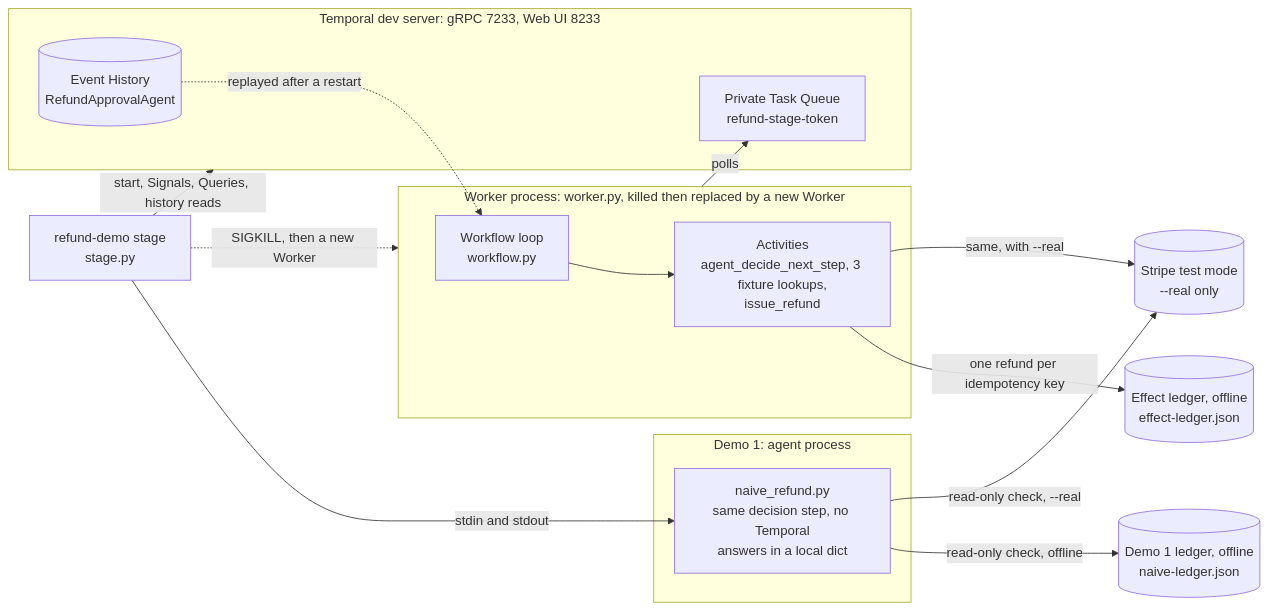
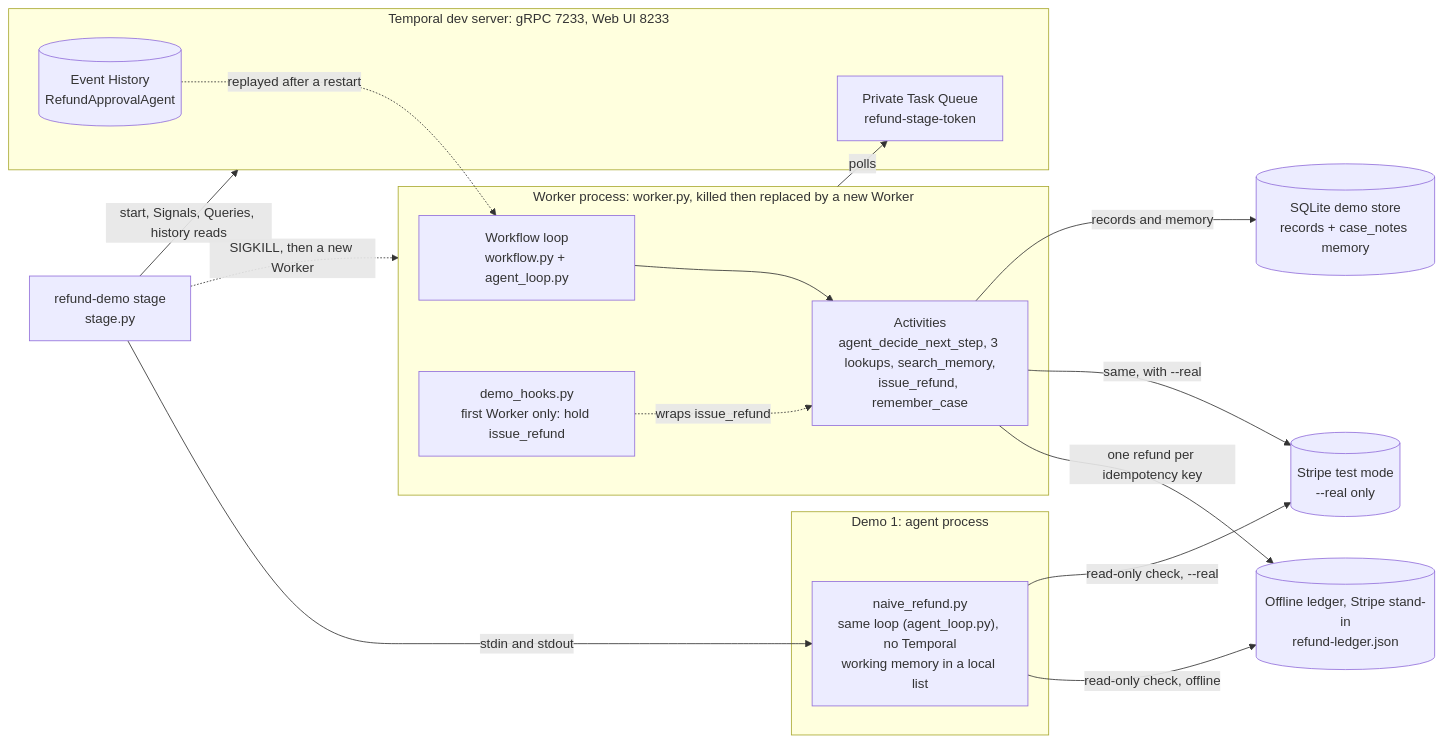
Before and after one commit to temporal-community/temporal-ai-agent-memory-state-stripe: the diagram in README.md, drawn with Mermaid. The commit also changed other lines of this file and 41 other files, not shown here.

First line of the commit message:
One agent loop for both demos, and clearer memory and state framing (#27)

````diff
--- a/README.md
+++ b/README.md
@@ -523,30 +560,33 @@
 ```mermaid
 flowchart LR
     accTitle: How the guided demo is wired
-    accDescr: The refund-demo stage command drives both demos. Demo 1 is an agent process that runs the same decision step with no Temporal and keeps its answers in memory, and after it is killed a new process reads only what Stripe, or the offline ledger, records about the payment. Demo 2 starts a Temporal Workflow on a local dev server. A separate Worker process polls a private Task Queue on that server and runs the Workflow loop and its Activities. The runner kills that Worker and starts a new one, which replays Event History to rebuild the loop and then issues one refund to the offline effect ledger, or to Stripe test mode with --real.
+    accDescr: The refund-demo stage command drives both demos, which run the same agent loop from agent_loop.py. Demo 1 is an agent process that runs the loop with no Temporal and keeps its working memory in a local list, and after it is killed a new process reads only what Stripe, or the offline ledger, records about the payment. Demo 2 starts a Temporal Workflow on a local dev server. A separate Worker process polls a private Task Queue on that server and runs the Workflow loop and its Activities, which read the customer records and the agent's long-term memory from separate tables in a SQLite demo store; the first Worker's demo-only interceptor holds the refund before Stripe. The runner kills that Worker and starts a new one, which replays Event History to rebuild the loop and then issues one refund to the offline ledger, or to Stripe test mode with --real.
     stage["refund-demo stage<br/>stage.py"]
     subgraph demo1["Demo 1: agent process"]
-        naive["naive_refund.py<br/>same decision step, no Temporal<br/>answers in a local dict"]
+        naive["naive_refund.py<br/>same loop (agent_loop.py), no Temporal<br/>working memory in a local list"]
     end
     subgraph server["Temporal dev server: gRPC 7233, Web UI 8233"]
         queue["Private Task Queue<br/>refund-stage-token"]
         history[("Event History<br/>RefundApprovalAgent")]
     end
     subgraph worker["Worker process: worker.py, killed then replaced by a new Worker"]
-        wf["Workflow loop<br/>workflow.py"]
-        acts["Activities<br/>agent_decide_next_step, 3 fixture lookups,<br/>issue_refund"]
+        wf["Workflow loop<br/>workflow.py + agent_loop.py"]
+        acts["Activities<br/>agent_decide_next_step, 3 lookups, search_memory,<br/>issue_refund, remember_case"]
+        hooks["demo_hooks.py<br/>first Worker only: hold issue_refund"]
     end
-    naiveLedger[("Demo 1 ledger, offline<br/>naive-ledger.json")]
-    effectLedger[("Effect ledger, offline<br/>effect-ledger.json")]
+    store[("SQLite demo store<br/>records + case_notes memory")]
+    refundLedger[("Offline ledger, Stripe stand-in<br/>refund-ledger.json")]
     stripe[("Stripe test mode<br/>--real only")]
     stage -->|"stdin and stdout"| naive
-    naive -->|"read-only check, offline"| naiveLedger
+    naive -->|"read-only check, offline"| refundLedger
     naive -->|"read-only check, --real"| stripe
     stage -->|"start, Signals, Queries, history reads"| server
     worker -->|"polls"| queue
     history -.->|"replayed after a restart"| wf
     wf --> acts
-    acts -->|"one refund per idempotency key"| effectLedger
+    hooks -.->|"wraps issue_refund"| acts
+    acts -->|"one refund per idempotency key"| refundLedger
     acts -->|"same, with --real"| stripe
+    acts -->|"records and memory"| store
     stage -.->|"SIGKILL, then a new Worker"| worker
 ```
````
